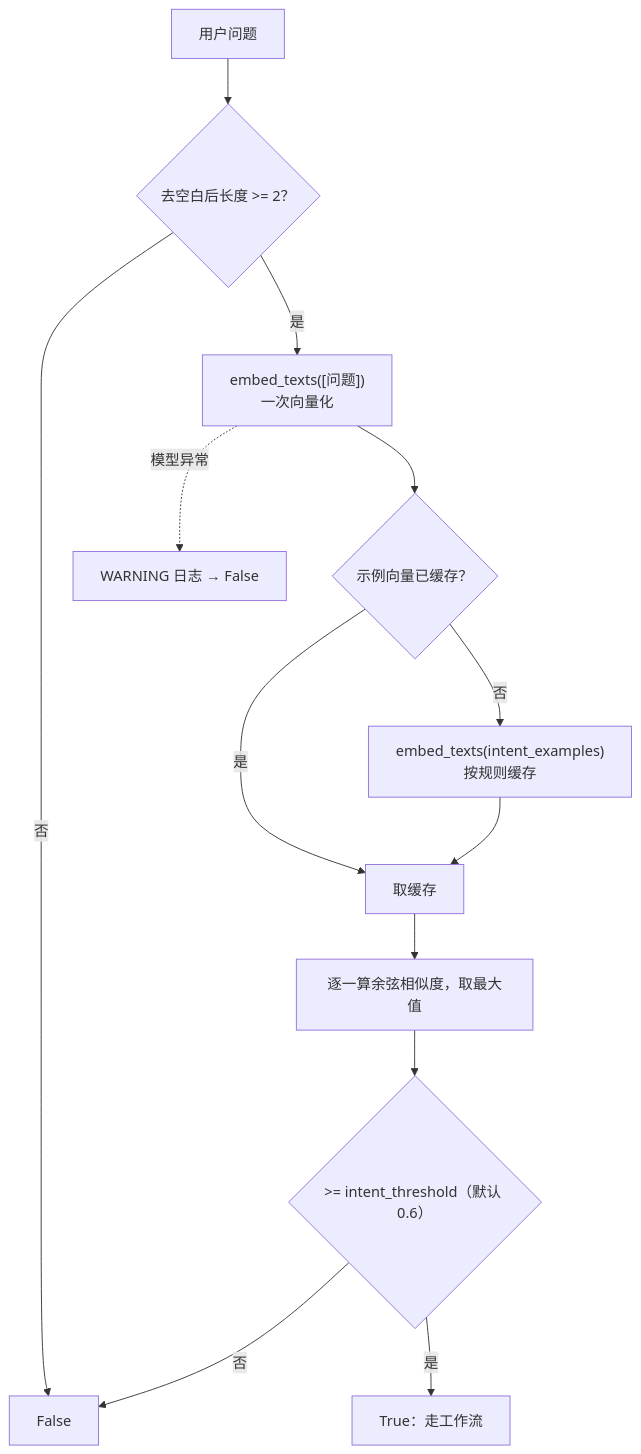
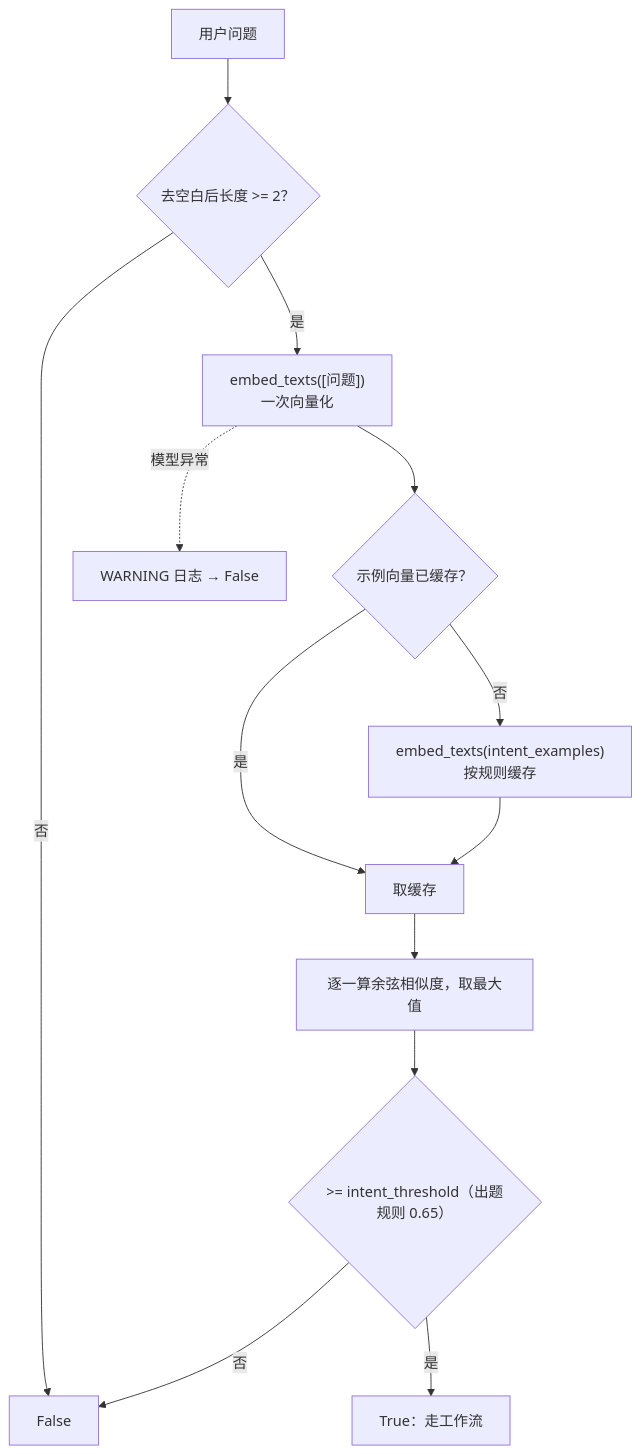
The fifth of 5 diagrams in agent-backend/docs/orchestrator-workflow-design.md (jiayinjiang-pistachio/study-pass-ai), drawn with Mermaid before and after one commit. The commit also changed other lines of this file and 26 other files, not shown here.

````diff
--- a/agent-backend/docs/orchestrator-workflow-design.md
+++ b/agent-backend/docs/orchestrator-workflow-design.md
@@ -152,15 +152,15 @@
 ```mermaid
 flowchart TD
     A["用户问题"] --> B{"去空白后长度 >= 2？"}
     B -- 否 --> F["False"]
     B -- 是 --> C["embed_texts([问题])<br/>一次向量化"]
     C --> D{"示例向量已缓存？"}
     D -- 否 --> E["embed_texts(intent_examples)<br/>按规则缓存"]
     D -- 是 --> G["取缓存"]
     E --> G
     G --> H["逐一算余弦相似度，取最大值"]
-    H --> I{">= intent_threshold（默认 0.6）"}
+    H --> I{">= intent_threshold（出题规则 0.65）"}
     I -- 是 --> J["True：走工作流"]
     I -- 否 --> F
     C -. 模型异常 .-> K["WARNING 日志 → False"]
 ```
````
